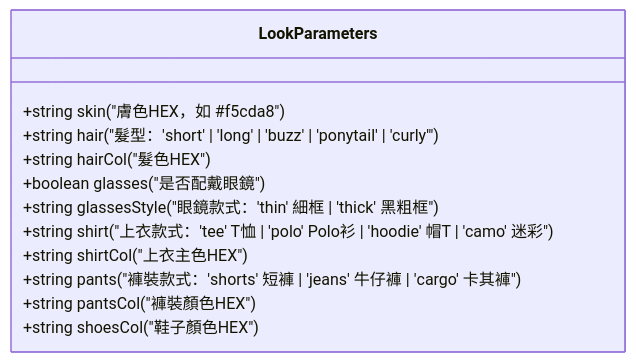
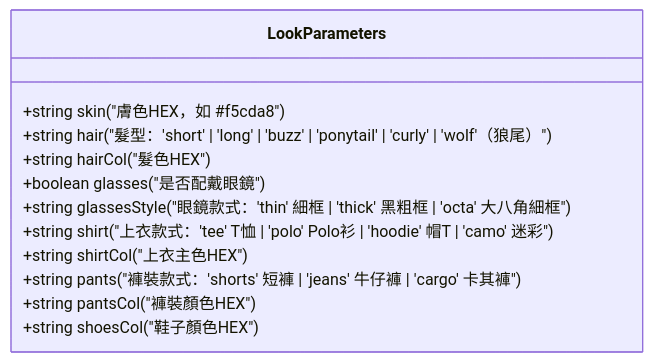
One commit to howardtuan/YanlinGTA changed the second of 2 diagrams in docs/guide/npc-creation-guide.md. Above: the diagram before and after it, drawn with Mermaid. The commit also changed other lines of this file and 15 other files, not shown here.

````diff
--- a/docs/guide/npc-creation-guide.md
+++ b/docs/guide/npc-creation-guide.md
@@ -134,15 +134,15 @@
 ```mermaid
 classDiagram
     class LookParameters {
         +string skin ("膚色HEX，如 #f5cda8")
-        +string hair ("髮型：'short' | 'long' | 'buzz' | 'ponytail' | 'curly'")
+        +string hair ("髮型：'short' | 'long' | 'buzz' | 'ponytail' | 'curly' | 'wolf'（狼尾）")
         +string hairCol ("髮色HEX")
         +boolean glasses ("是否配戴眼鏡")
-        +string glassesStyle ("眼鏡款式：'thin' 細框 | 'thick' 黑粗框")
+        +string glassesStyle ("眼鏡款式：'thin' 細框 | 'thick' 黑粗框 | 'octa' 大八角細框")
         +string shirt ("上衣款式：'tee' T恤 | 'polo' Polo衫 | 'hoodie' 帽T | 'camo' 迷彩")
         +string shirtCol ("上衣主色HEX")
         +string pants ("褲裝款式：'shorts' 短褲 | 'jeans' 牛仔褲 | 'cargo' 卡其褲")
         +string pantsCol ("褲裝顏色HEX")
         +string shoesCol ("鞋子顏色HEX")
     }
 ```
````
